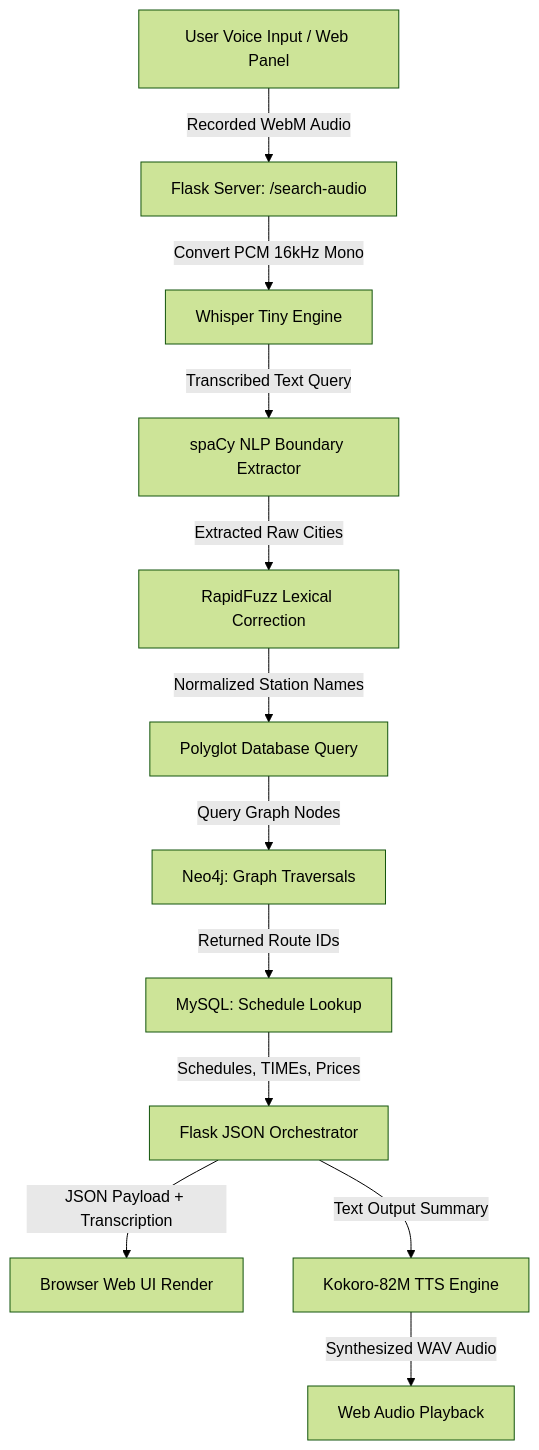
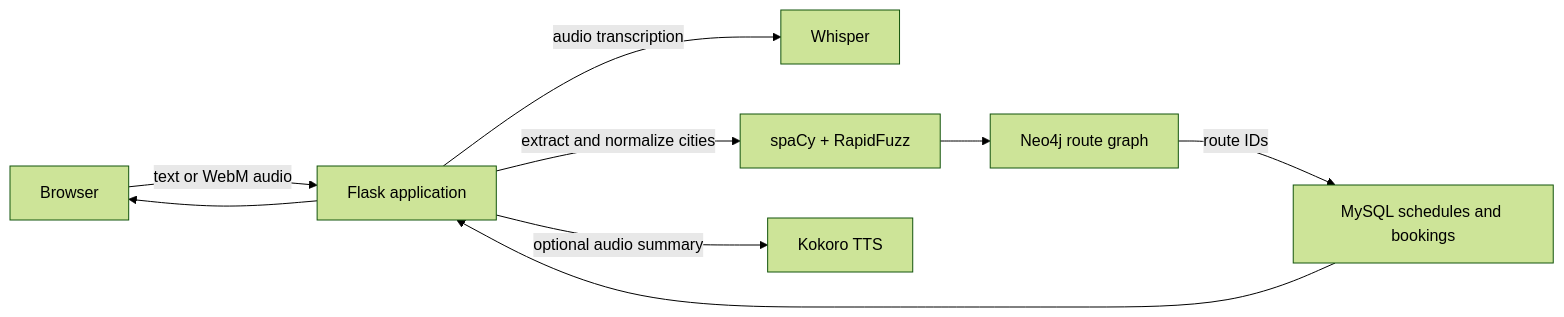
Before and after one commit to aldhaf2007/voicebased-transport-system: the diagram in README.md, drawn with Mermaid (forest theme). The commit also changed other lines of this file and 18 other files, not shown here.

Commit message:
Add requirements.txt, Render hosting config (Procfile, render.yaml, runtime.txt), and update app/database config for cloud deployment

````diff
--- a/README.md
+++ b/README.md
@@ -28,14 +16,11 @@
 ```mermaid
-graph TD
-    A[User Voice Input / Web Panel] -->|Recorded WebM Audio| B[Flask Server: /search-audio]
-    B -->|Convert PCM 16kHz Mono| C[Whisper Tiny Engine]
-    C -->|Transcribed Text Query| D[spaCy NLP Boundary Extractor]
-    D -->|Extracted Raw Cities| E[RapidFuzz Lexical Correction]
-    E -->|Normalized Station Names| F[Polyglot Database Query]
-    F -->|Query Graph Nodes| G[Neo4j: Graph Traversals]
-    G -->|Returned Route IDs| H[MySQL: Schedule Lookup]
-    H -->|Schedules, TIMEs, Prices| I[Flask JSON Orchestrator]
-    I -->|JSON Payload + Transcription| J[Browser Web UI Render]
-    I -->|Text Output Summary| K[Kokoro-82M TTS Engine]
-    K -->|Synthesized WAV Audio| L[Web Audio Playback]
+flowchart LR
+    U[Browser] -->|text or WebM audio| F[Flask application]
+    F -->|audio transcription| W[Whisper]
+    F -->|extract and normalize cities| N[spaCy + RapidFuzz]
+    N --> G[Neo4j route graph]
+    G -->|route IDs| M[MySQL schedules and bookings]
+    M --> F
+    F -->|optional audio summary| K[Kokoro TTS]
+    F --> U
 ```
````
